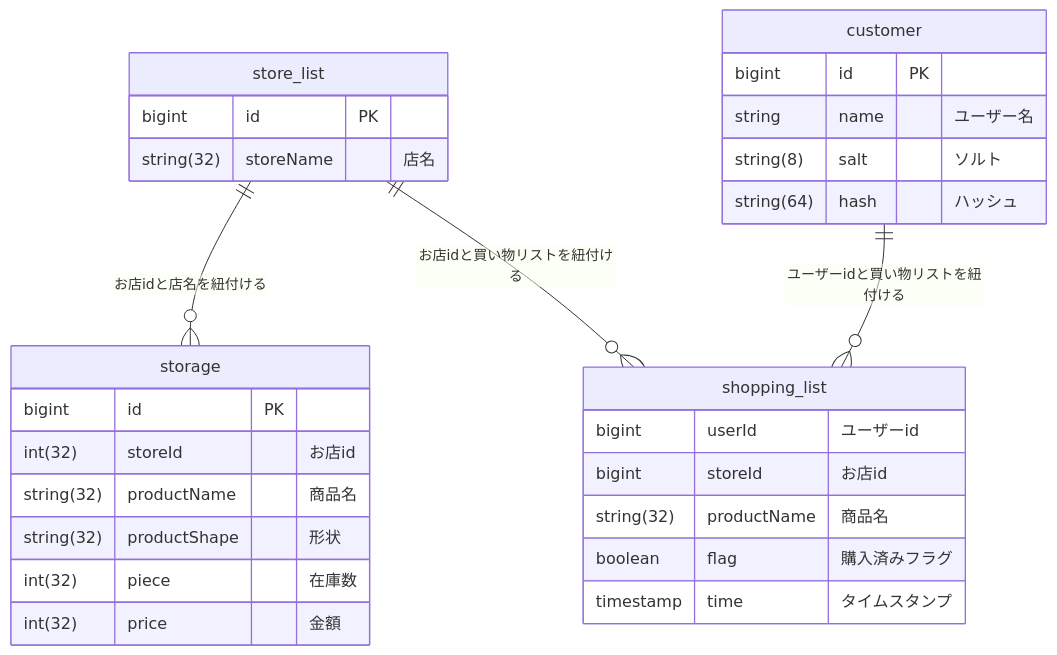
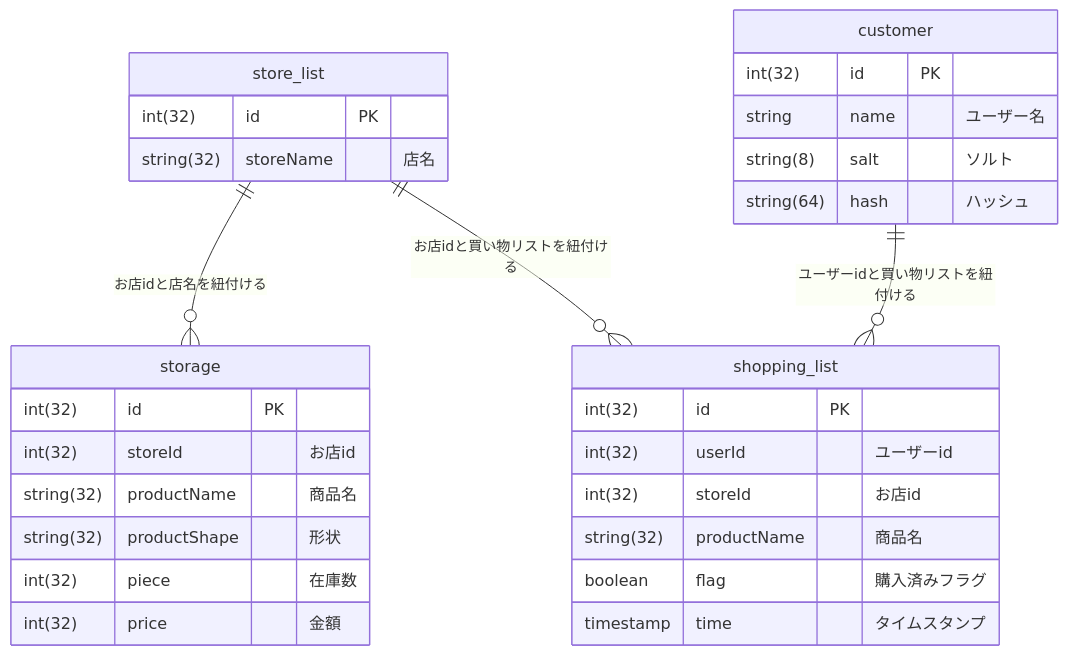
One commit to naoya84/yaoya_kandabashi changed the third of 3 diagrams in README.md. Above: the diagram before and after it, drawn with Mermaid. The commit also changed 3 other files, not shown here.

````diff
--- a/README.md
+++ b/README.md
@@ -66,36 +66,37 @@
 ```mermaid
 erDiagram
   store_list ||--o{ storage: "お店idと店名を紐付ける"
   customer ||--o{ shopping_list: "ユーザーidと買い物リストを紐付ける"
   store_list ||--o{ shopping_list: "お店idと買い物リストを紐付ける"
 
     customer {
-      bigint id PK
+      int(32) id PK
       string name "ユーザー名"
       string(8) salt "ソルト"
       string(64) hash "ハッシュ"
     }
 
     store_list {
-      bigint id PK
+      int(32) id PK
       string(32) storeName "店名"
     }
 
     storage {
-      bigint id PK
+      int(32) id PK
       int(32) storeId "お店id"
       string(32) productName "商品名"
       string(32) productShape "形状"
       int(32) piece "在庫数"
       int(32) price "金額"
     }
 
     shopping_list {
-      bigint userId "ユーザーid"
-      bigint storeId "お店id"
+      int(32) id PK
+      int(32) userId "ユーザーid"
+      int(32) storeId "お店id"
       string(32) productName "商品名"
       boolean flag "購入済みフラグ"
       timestamp time "タイムスタンプ"
     }
 
 ```
````
